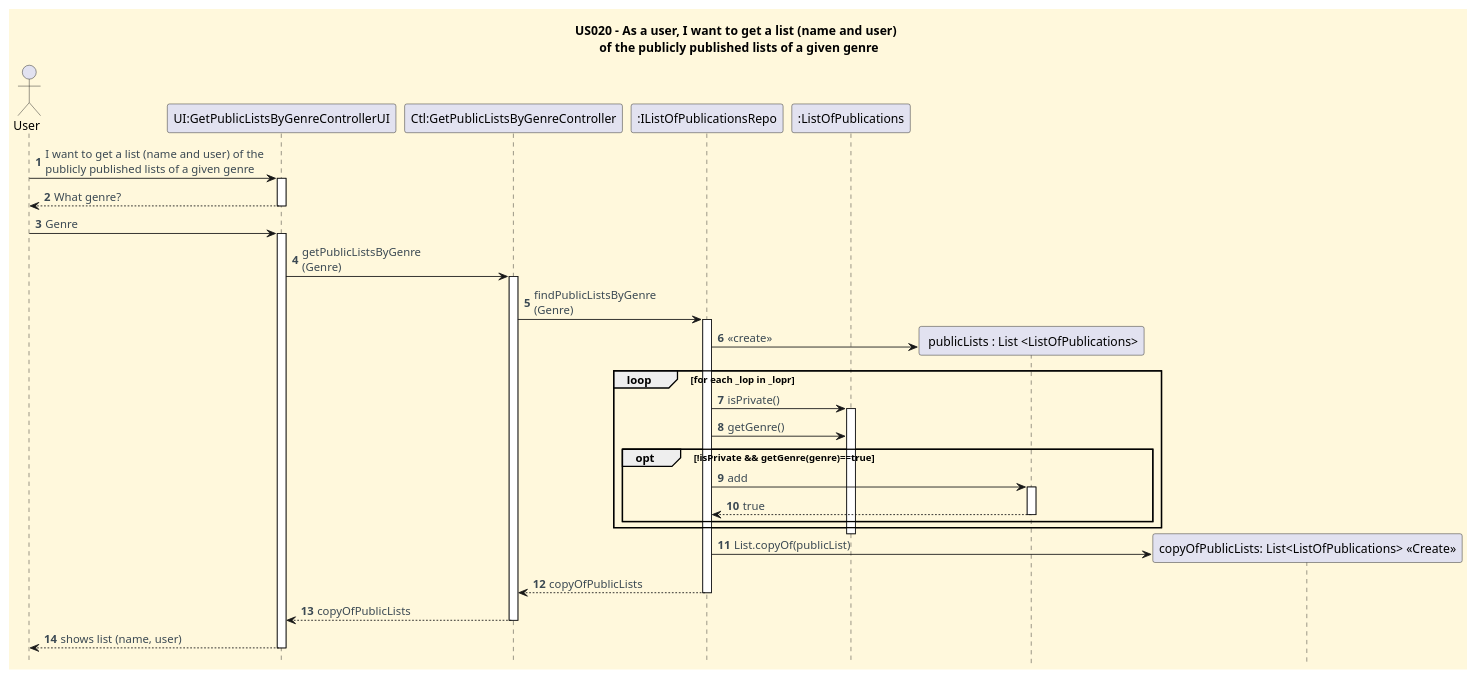
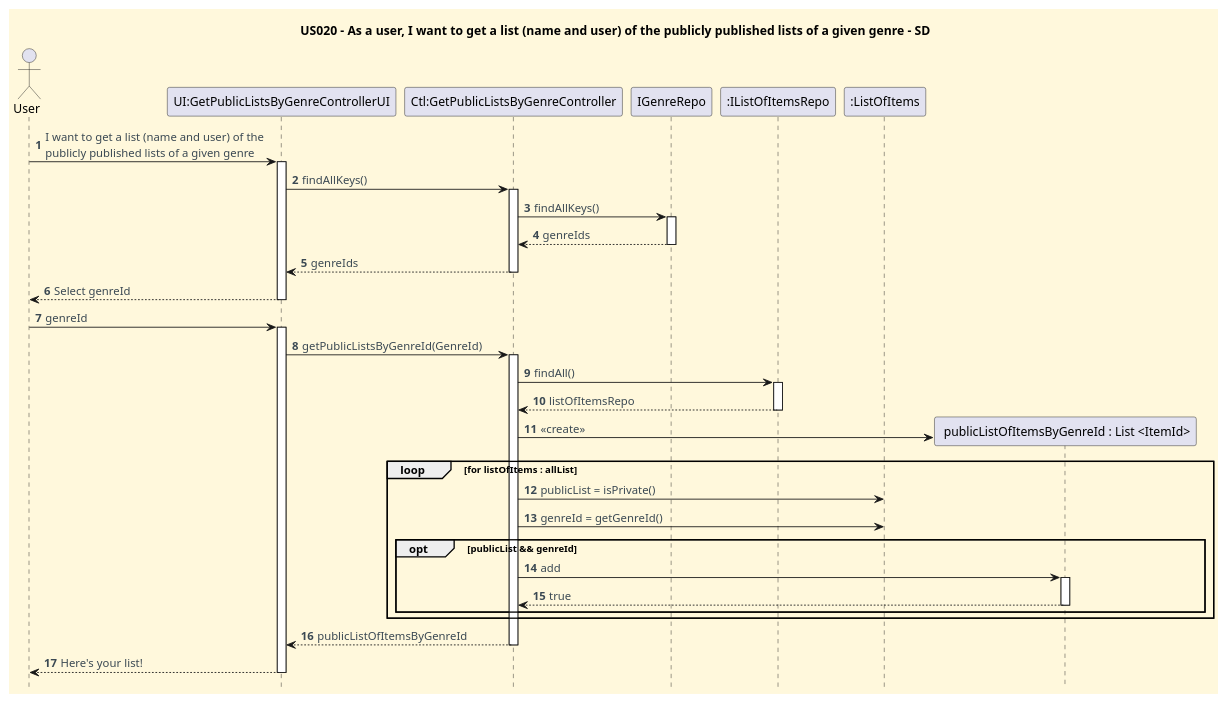
One commit to CarolinaLeite-collab/JavaMarketplacePlatform changed the diagram in docs/user-stories/US020/US020_get_a_list_given_genres_SD.puml. Above: the diagram before and after it, drawn with PlantUML. The commit also changed 2 other files, not shown here.

```diff
--- a/docs/user-stories/US020/US020_get_a_list_given_genres_SD.puml
+++ b/docs/user-stories/US020/US020_get_a_list_given_genres_SD.puml
@@ -1,73 +1,78 @@
 @startuml
-title US020 - As a user, I want to get a list (name and user) \n of the publicly published lists of a given genre
+title US020 - As a user, I want to get a list (name and user) of the publicly published lists of a given genre - SD
 hidefootbox
 
 '==== basic style ====
 skinparam monochrome false
 skinparam shadowing false
 skinparam defaultFontName Futura
 skinparam objectFontSize 20
 skinparam backgroundColor CornSilk
 skinparam objectBackgroundColor WhiteSmoke
 skinparam noteBackgroundColor #FFFFE0
 skinparam ArrowFontColor #3B4953
 skinparam ActivationBackgroundColor black
 
 autonumber
 autoactivate off
 
 
 actor User as U
 participant "UI:GetPublicListsByGenreControllerUI" as UI
-participant "Ctl:GetPublicListsByGenreController" as C
-participant ":IListOfPublicationsRepo" as R
-participant ":ListOfPublications" as lop
+participant "Ctl:GetPublicListsByGenreController" as CTL
+participant "IGenreRepo" as IGR
+participant ":IListOfItemsRepo" as R
+participant ":ListOfItems" as loi
 
 
 U -> UI: I want to get a list (name and user) of the \npublicly published lists of a given genre
 activate UI
-UI --> U: What genre?
+UI -> CTL:findAllKeys()
+activate CTL
+CTL -> IGR:findAllKeys()
+activate IGR
+IGR --> CTL:genreIds
+deactivate IGR
+
+CTL --> UI:genreIds
+deactivate CTL
+
+UI --> U: Select genreId
 deactivate UI
 
-U -> UI: Genre
+U -> UI: genreId
 activate UI
 
-UI -> C: getPublicListsByGenre\n(Genre)
-activate C
+UI -> CTL: getPublicListsByGenreId(GenreId)
+activate CTL
 
-C -> R: findPublicListsByGenre\n(Genre)
+CTL -> R: findAll()
 activate R
 
-create " publicLists : List <ListOfPublications>" as List
-R -> List: <<create>>
+R --> CTL: listOfItemsRepo
+deactivate R
+
+create " publicListOfItemsByGenreId : List <ItemId>" as List
+CTL -> List: <<create>>
 
 
-loop for each _lop in _lopr
-    R -> lop: isPrivate()
-    activate lop
-    R -> lop: getGenre()
-    opt !isPrivate && getGenre(genre)==true
+loop for listOfItems : allList
+    CTL -> loi: publicList = isPrivate()
+    CTL -> loi: genreId = getGenreId()
 
-        R -> List : add
+    opt publicList && genreId
+        CTL -> List : add
         activate List
-        List --> R : true
+        List --> CTL : true
         deactivate List
-
     end
 end
-deactivate lop
+deactivate loi
 
+CTL --> UI: publicListOfItemsByGenreId
+deactivate CTL
 
-
-create "copyOfPublicLists: List<ListOfPublications> <<Create>>" as Copy
-R -> Copy: List.copyOf(publicList)
-R --> C: copyOfPublicLists
-deactivate R
-
-C --> UI: copyOfPublicLists
-deactivate C
-
-UI --> U: shows list (name, user)
+UI --> U: Here's your list!
 deactivate UI
 
 @enduml
```
